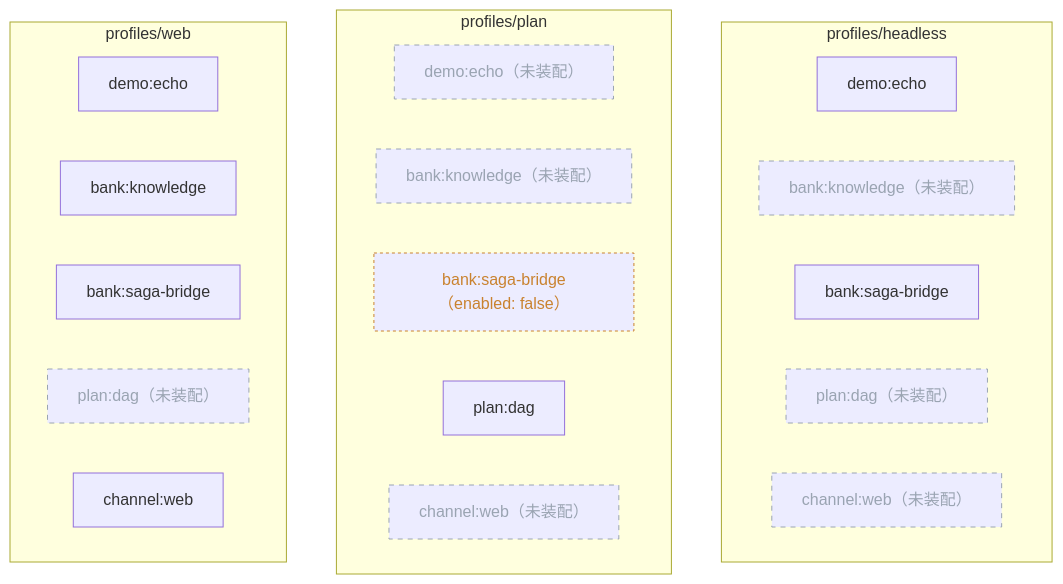
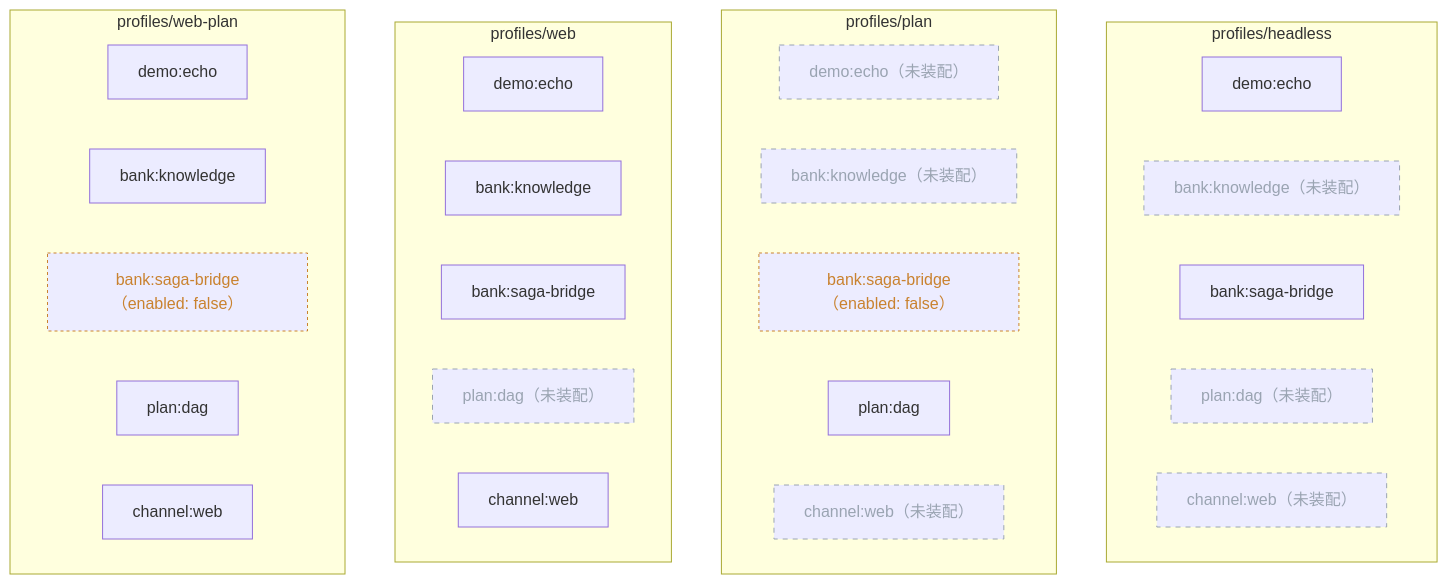
One commit to YYYPROBEE/BAH changed the second of 2 diagrams in docs/architecture.md. Above: the diagram before and after it, drawn with Mermaid. The commit also changed other lines of this file and 29 other files, not shown here.

````diff
--- a/docs/architecture.md
+++ b/docs/architecture.md
@@ -174,28 +179,35 @@
 ```mermaid
 graph TB
   subgraph P_headless["profiles/headless"]
     p7_headless["demo:echo"]
     p9_headless["bank:knowledge（未装配）"]
     p17_headless["bank:saga-bridge"]
     p18_headless["plan:dag（未装配）"]
-    p19_headless["channel:web（未装配）"]
+    p20_headless["channel:web（未装配）"]
   end
   subgraph P_plan["profiles/plan"]
     p7_plan["demo:echo（未装配）"]
     p9_plan["bank:knowledge（未装配）"]
     p17_plan["bank:saga-bridge（enabled: false）"]
     p18_plan["plan:dag"]
-    p19_plan["channel:web（未装配）"]
+    p20_plan["channel:web（未装配）"]
   end
   subgraph P_web["profiles/web"]
     p7_web["demo:echo"]
     p9_web["bank:knowledge"]
     p17_web["bank:saga-bridge"]
     p18_web["plan:dag（未装配）"]
-    p19_web["channel:web"]
+    p20_web["channel:web"]
+  end
+  subgraph P_web-plan["profiles/web-plan"]
+    p7_web-plan["demo:echo"]
+    p9_web-plan["bank:knowledge"]
+    p17_web-plan["bank:saga-bridge（enabled: false）"]
+    p18_web-plan["plan:dag"]
+    p20_web-plan["channel:web"]
   end
   classDef ghost stroke-dasharray: 5 5,stroke:#9aa4b2,color:#9aa4b2
   classDef off stroke-dasharray: 3 3,stroke:#c9822f,color:#c9822f
-  class p9_headless,p18_headless,p19_headless,p7_plan,p9_plan,p19_plan,p18_web ghost
-  class p17_plan off
+  class p9_headless,p18_headless,p20_headless,p7_plan,p9_plan,p20_plan,p18_web ghost
+  class p17_plan,p17_web-plan off
 ```
````
